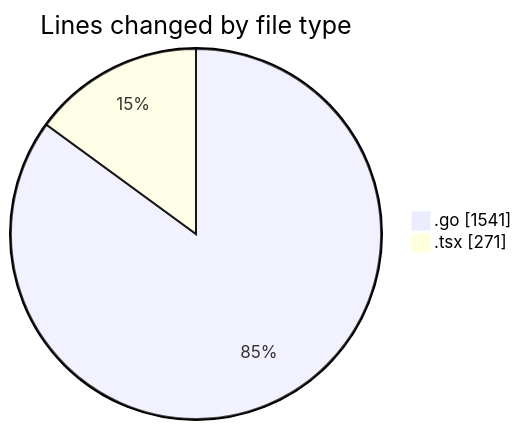
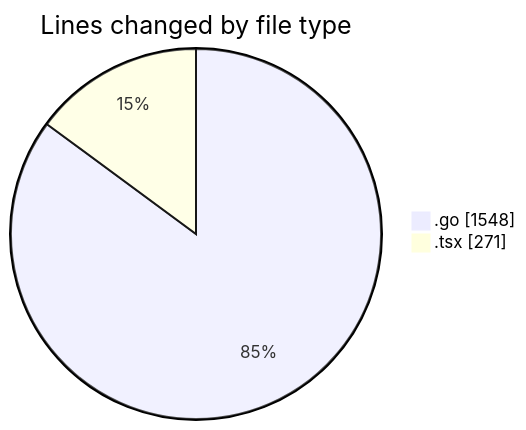
The first of 2 diagrams in 2025-03-10/termonied_testador/README.md (robertbonfada/code-tracking), drawn with Mermaid before and after one commit. The commit also changed other lines of this file and 1 other file, not shown here.

````diff
--- a/2025-03-10/termonied_testador/README.md
+++ b/2025-03-10/termonied_testador/README.md
@@ -26,6 +26,6 @@
 ```mermaid
 pie showData
 title Lines changed by file type
-".go" : 1541
+".go" : 1548
 ".tsx" : 271
 ```
````
